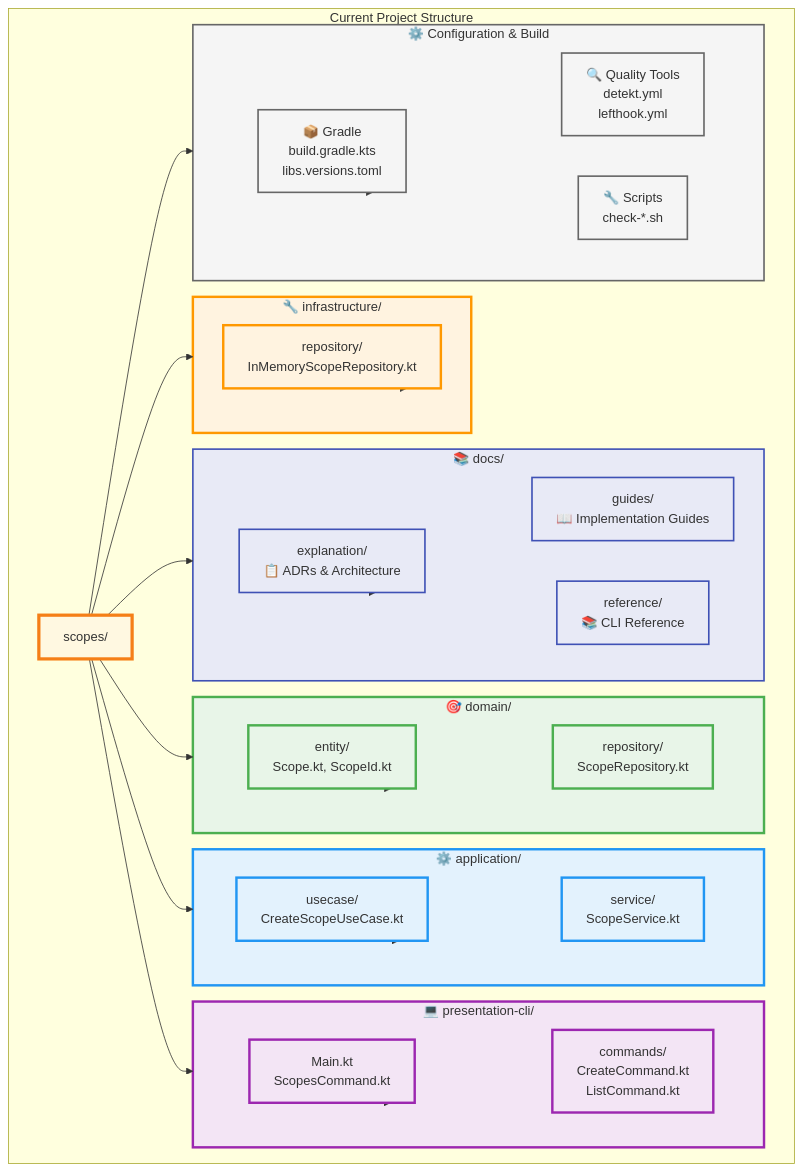
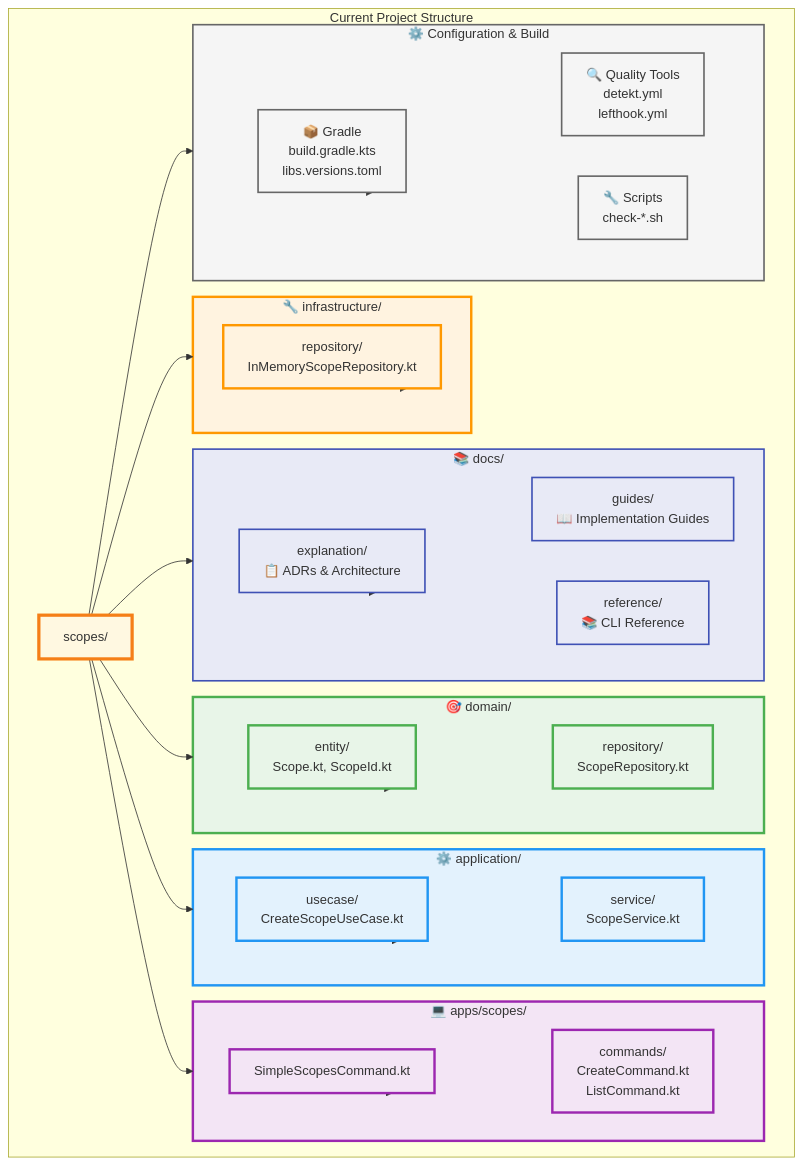
The first of 6 diagrams in docs/guides/architecture-implementation.md (kamiazya/scopes), drawn with Mermaid before and after one commit. The commit also changed other lines of this file and 416 other files, not shown here.

First line of the commit message:
refactor: Consolidate bounded contexts and modernize architecture (#53)

````diff
--- a/docs/guides/architecture-implementation.md
+++ b/docs/guides/architecture-implementation.md
@@ -10,79 +10,79 @@
 ```mermaid
 flowchart TD
         subgraph "Current Project Structure"
             ROOT[scopes/]
 
             subgraph DOCS["📚 docs/"]
                 DOCS_EXP[explanation/<br/>📋 ADRs & Architecture]
                 DOCS_GUIDES[guides/<br/>📖 Implementation Guides]
                 DOCS_REF[reference/<br/>📚 CLI Reference]
             end
 
             subgraph DOM["🎯 domain/"]
                 DOM_ENT[entity/<br/>Scope.kt, ScopeId.kt]
                 DOM_REP[repository/<br/>ScopeRepository.kt]
             end
 
             subgraph APP["⚙️ application/"]
                 APP_USE[usecase/<br/>CreateScopeUseCase.kt]
                 APP_SRV[service/<br/>ScopeService.kt]
             end
 
             subgraph INF["🔧 infrastructure/"]
                 INF_REP[repository/<br/>InMemoryScopeRepository.kt]
             end
 
-            subgraph CLI["💻 presentation-cli/"]
-                CLI_MAIN[Main.kt<br/>ScopesCommand.kt]
+            subgraph CLI["💻 apps/scopes/"]
+                CLI_MAIN[SimpleScopesCommand.kt]
                 CLI_CMD[commands/<br/>CreateCommand.kt<br/>ListCommand.kt]
             end
 
             subgraph CONFIG["⚙️ Configuration & Build"]
                 GRADLE[📦 Gradle<br/>build.gradle.kts<br/>libs.versions.toml]
                 QUALITY[🔍 Quality Tools<br/>detekt.yml<br/>lefthook.yml]
                 SCRIPTS[🔧 Scripts<br/>check-*.sh]
             end
 
             ROOT --> DOCS
             ROOT --> DOM
             ROOT --> APP
             ROOT --> INF
             ROOT --> CLI
             ROOT --> CONFIG
 
             DOCS --> DOCS_EXP
             DOCS --> DOCS_GUIDES
             DOCS --> DOCS_REF
 
             DOM --> DOM_ENT
             DOM --> DOM_REP
 
             APP --> APP_USE
             APP --> APP_SRV
 
             INF --> INF_REP
 
             CLI --> CLI_MAIN
             CLI --> CLI_CMD
 
             CONFIG --> GRADLE
             CONFIG --> QUALITY
             CONFIG --> SCRIPTS
         end
 
         classDef domain fill:#e8f5e8,stroke:#4caf50,stroke-width:3px
         classDef application fill:#e3f2fd,stroke:#2196f3,stroke-width:3px
         classDef infrastructure fill:#fff3e0,stroke:#ff9800,stroke-width:3px
         classDef presentation fill:#f3e5f5,stroke:#9c27b0,stroke-width:3px
         classDef docs fill:#e8eaf6,stroke:#3f51b5,stroke-width:2px
         classDef config fill:#f5f5f5,stroke:#666,stroke-width:2px
         classDef root fill:#fff8e1,stroke:#f57f17,stroke-width:4px
 
         class DOM,DOM_ENT,DOM_REP domain
         class APP,APP_USE,APP_SRV application
         class INF,INF_REP infrastructure
         class CLI,CLI_MAIN,CLI_CMD presentation
         class DOCS,DOCS_EXP,DOCS_GUIDES,DOCS_REF docs
         class CONFIG,GRADLE,QUALITY,SCRIPTS config
         class ROOT root
 ```
````
